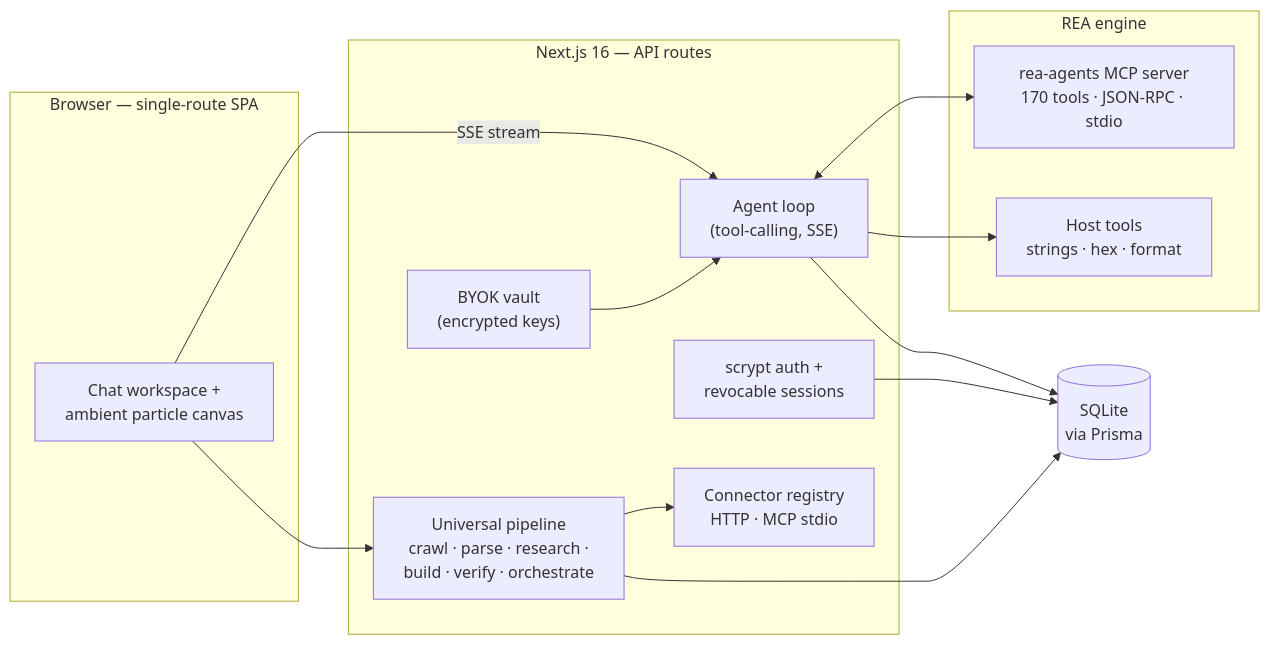
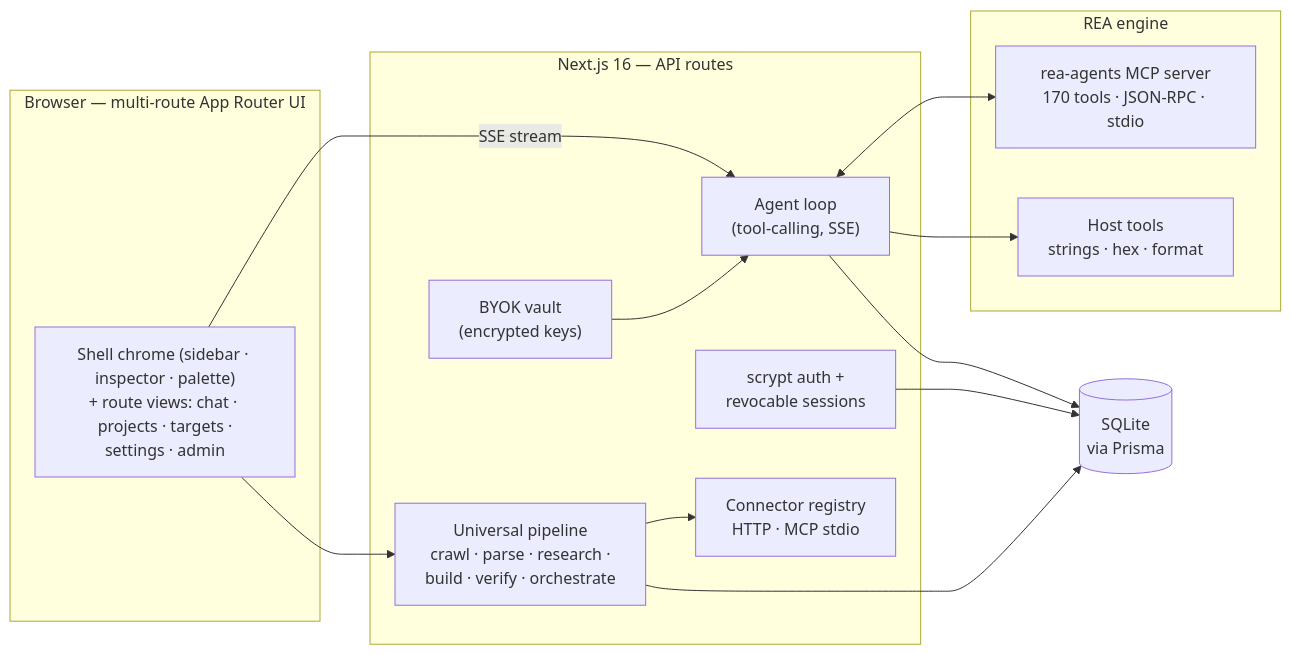
Before and after one commit to arpitnayan123-bot/Autonomous-reverse-engineering-agent: the diagram in README.md, drawn with Mermaid. The commit also changed other lines of this file, not shown here.

First line of the commit message:
docs: README reflects the multi-route App Router architecture

````diff
--- a/README.md
+++ b/README.md
@@ -43,28 +44,28 @@
 ```mermaid
 flowchart LR
-    subgraph Browser["Browser — single-route SPA"]
-        UI["Chat workspace +<br/>ambient particle canvas"]
+    subgraph Browser["Browser — multi-route App Router UI"]
+        UI["Shell chrome (sidebar · inspector · palette)<br/>+ route views: chat · projects · targets ·<br/>settings · admin"]
     end
     subgraph Server["Next.js 16 — API routes"]
         AGENT["Agent loop<br/>(tool-calling, SSE)"]
         AUTH["scrypt auth +<br/>revocable sessions"]
         VAULT["BYOK vault<br/>(encrypted keys)"]
         PIPE["Universal pipeline<br/>crawl · parse · research ·<br/>build · verify · orchestrate"]
         CONN["Connector registry<br/>HTTP · MCP stdio"]
     end
     subgraph Engine["REA engine"]
         MCP["rea-agents MCP server<br/>170 tools · JSON-RPC · stdio"]
         HOST["Host tools<br/>strings · hex · format"]
     end
     DB[("SQLite<br/>via Prisma")]
 
     UI -- "SSE stream" --> AGENT
     AGENT <--> MCP
     AGENT --> HOST
     VAULT --> AGENT
     AGENT --> DB
     AUTH --> DB
     UI --> PIPE
     PIPE --> CONN
     PIPE --> DB
 ```
````
